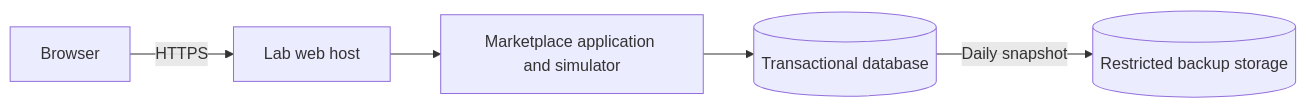
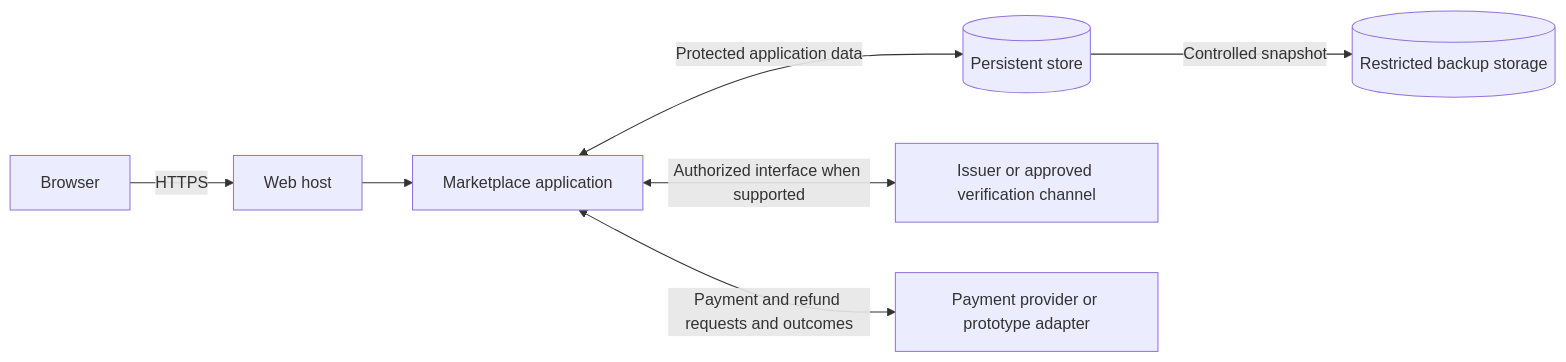
Before and after one commit to aunabil-abtahi/lastcall-sad: diagram 15 of 15 in docs/05-srs/SRS.md, drawn with Mermaid. The commit also changed other lines of this file, not shown here.

Commit message:
docs: revise LastCall marketplace requirements

````diff
--- a/docs/05-srs/SRS.md
+++ b/docs/05-srs/SRS.md
@@ -637,7 +1148,9 @@
 ```mermaid
 flowchart LR
- B[Browser] -->|HTTPS| H[Lab web host]
- H --> W[Marketplace application and simulator]
- W --> D[(Transactional database)]
- D -->|Daily snapshot| R[(Restricted backup storage)]
+ B[Browser] -->|HTTPS| H[Web host]
+ H --> W[Marketplace application]
+ W <-->|Protected application data| D[(Persistent store)]
+ D -->|Controlled snapshot| R[(Restricted backup storage)]
+ W <-->|Authorized interface when supported| I[Issuer or approved verification channel]
+ W <-->|Payment and refund requests and outcomes| P[Payment provider or prototype adapter]
 ```
````
